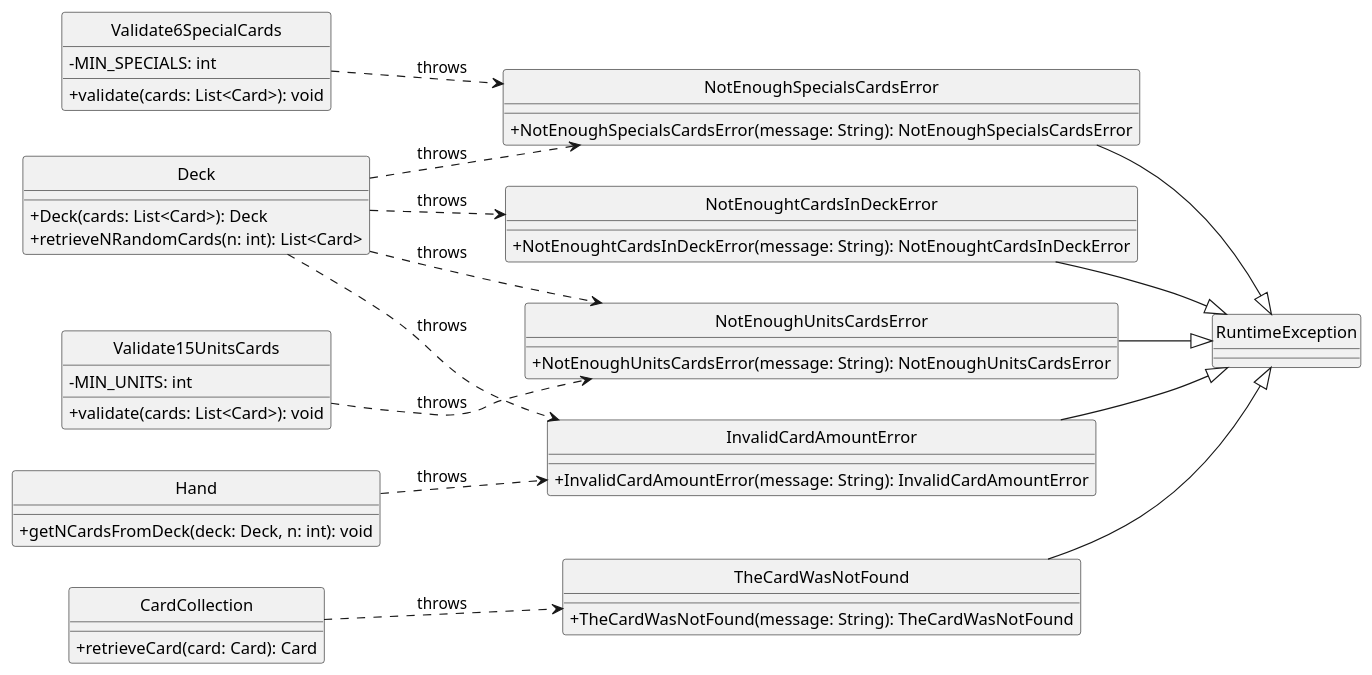
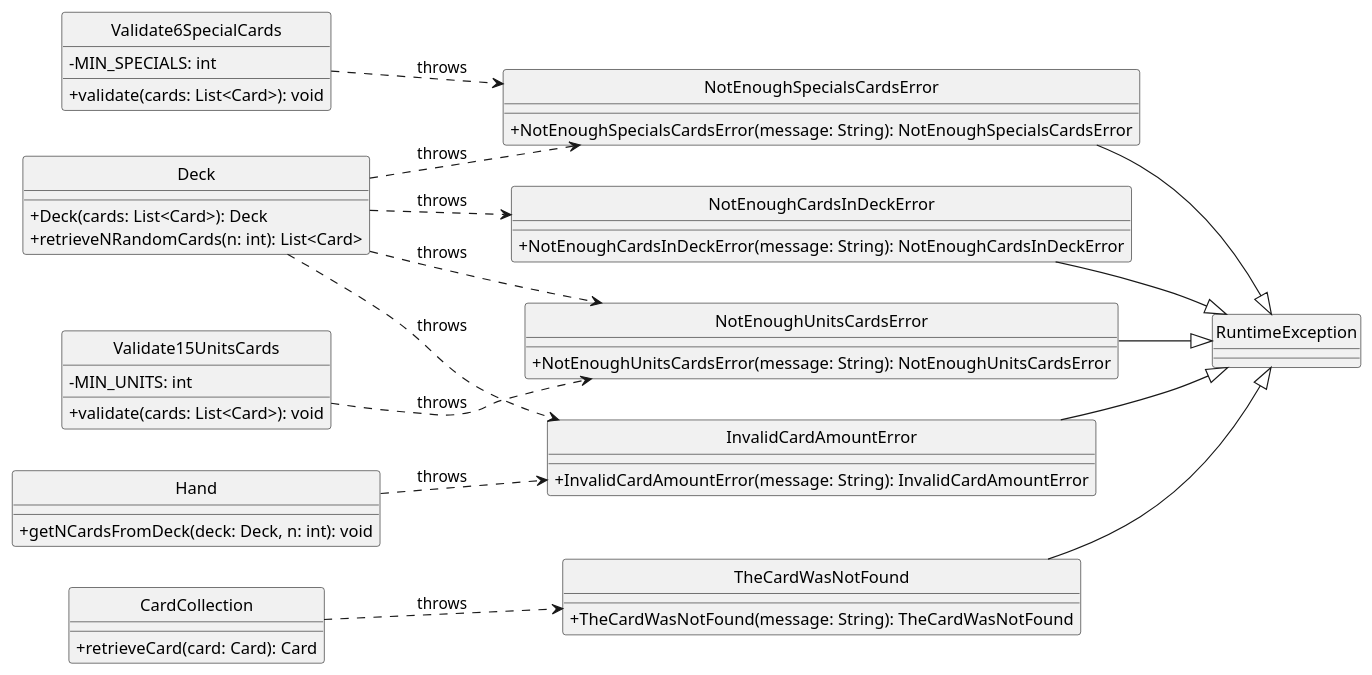
Before and after one commit to Yonhir/algo3_proyecto_base_tp2: the diagram in diagrams/classes/errors.plantuml, drawn with PlantUML. The commit also changed 5 other files, not shown here.

Commit message:
diagramas al día (de esta rama)

```diff
--- a/diagrams/classes/errors.plantuml
+++ b/diagrams/classes/errors.plantuml
@@ -1,82 +1,82 @@
 @startuml
 
 skinparam monochrome true
 hide circle
 skinparam classAttributeIconSize 0
 
 ' Layout direction
 left to right direction
 
 ' =====================
 ' ERROR CLASSES
 ' =====================
 class NotEnoughSpecialsCardsError {
   +NotEnoughSpecialsCardsError(message: String): NotEnoughSpecialsCardsError
 }
 
 class NotEnoughUnitsCardsError {
   +NotEnoughUnitsCardsError(message: String): NotEnoughUnitsCardsError
 }
 
-class NotEnoughtCardsInDeckError {
-  +NotEnoughtCardsInDeckError(message: String): NotEnoughtCardsInDeckError
+class NotEnoughCardsInDeckError {
+  +NotEnoughCardsInDeckError(message: String): NotEnoughCardsInDeckError
 }
 
 class InvalidCardAmountError {
   +InvalidCardAmountError(message: String): InvalidCardAmountError
 }
 
 class TheCardWasNotFound {
   +TheCardWasNotFound(message: String): TheCardWasNotFound
 }
 
 ' =====================
 ' CLASSES THAT USE ERRORS
 ' =====================
 class Deck {
   +Deck(cards: List<Card>): Deck
   +retrieveNRandomCards(n: int): List<Card>
 }
 
 class Hand {
   +getNCardsFromDeck(deck: Deck, n: int): void
 }
 
 class CardCollection {
   +retrieveCard(card: Card): Card
 }
 
 class Validate6SpecialCards {
   -MIN_SPECIALS: int
   +validate(cards: List<Card>): void
 }
 
 class Validate15UnitsCards {
   -MIN_UNITS: int
   +validate(cards: List<Card>): void
 }
 
 ' =====================
 ' RELATIONSHIPS
 ' =====================
 ' Error usage relationships
 Validate6SpecialCards ..> NotEnoughSpecialsCardsError : throws
 Validate15UnitsCards ..> NotEnoughUnitsCardsError : throws
 
 Deck ..> InvalidCardAmountError : throws
-Deck ..> NotEnoughtCardsInDeckError : throws
+Deck ..> NotEnoughCardsInDeckError : throws
 Deck ..> NotEnoughSpecialsCardsError : throws
 Deck ..> NotEnoughUnitsCardsError : throws
 
 Hand ..> InvalidCardAmountError : throws
 
 CardCollection ..> TheCardWasNotFound : throws
 
 ' Error inheritance
 InvalidCardAmountError --|> RuntimeException
 NotEnoughSpecialsCardsError --|> RuntimeException
-NotEnoughtCardsInDeckError --|> RuntimeException
+NotEnoughCardsInDeckError --|> RuntimeException
 NotEnoughUnitsCardsError --|> RuntimeException
 TheCardWasNotFound --|> RuntimeException
 
 @enduml 
```
